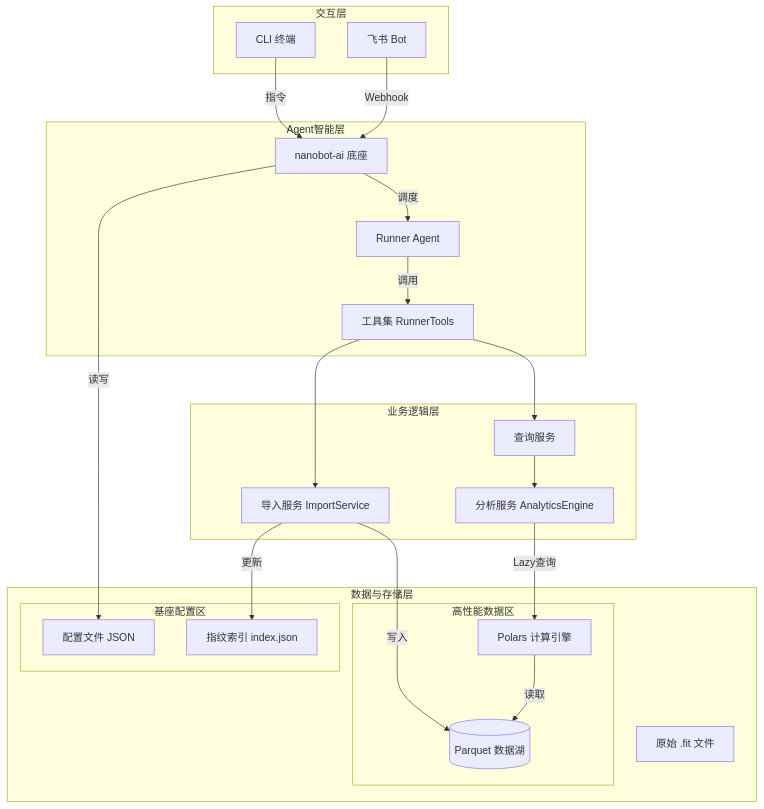
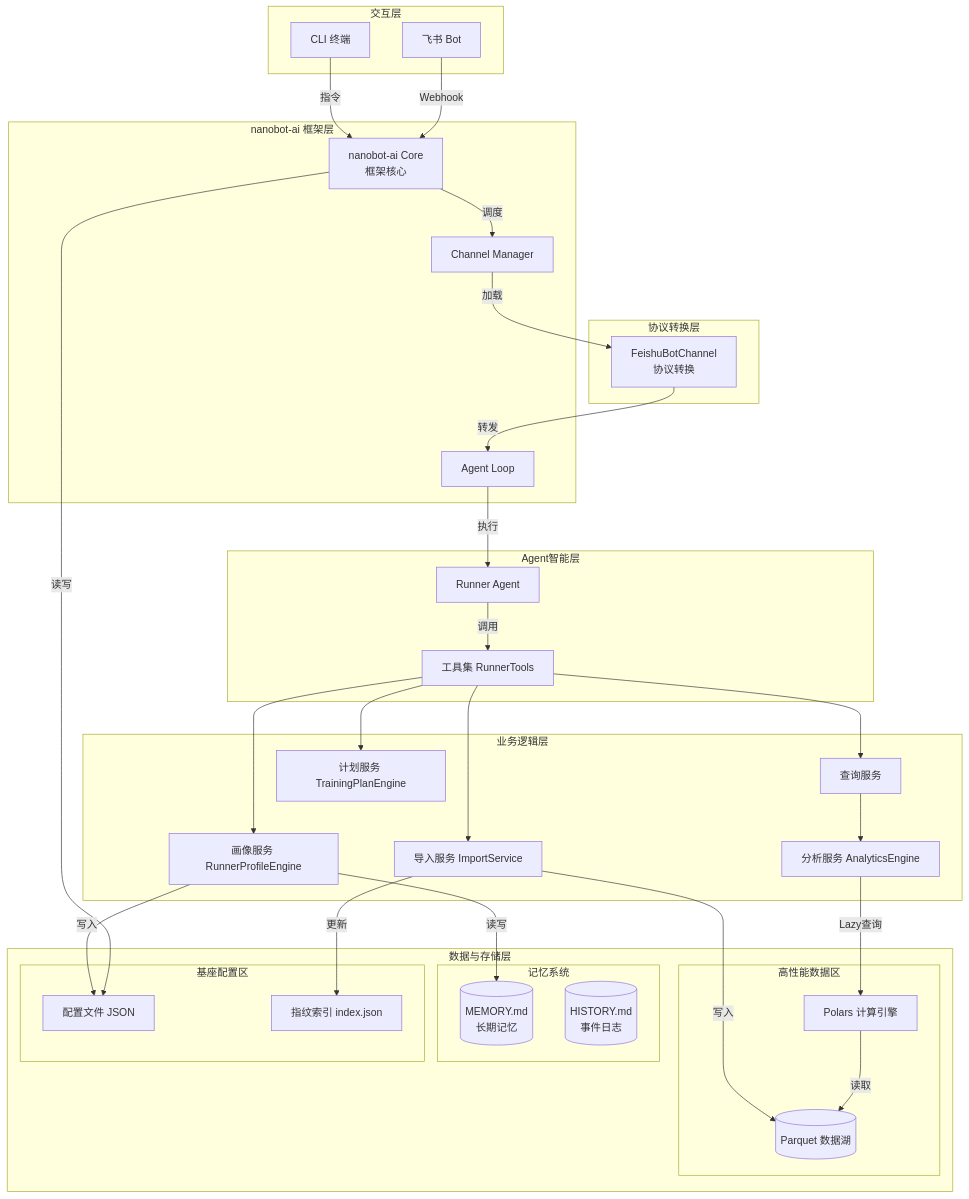
The first of 2 diagrams in docs/architecture/ARC_架构设计.md (yecllsl/nanobot-runner), drawn with Mermaid before and after one commit. The commit also changed other lines of this file and 14 other files, not shown here.

````diff
--- a/docs/architecture/ARC_架构设计.md
+++ b/docs/architecture/ARC_架构设计.md
@@ -18,46 +18,68 @@
 ```mermaid
 graph TB
     subgraph "交互层"
         CLI[CLI 终端]
         Feishu[飞书 Bot]
     end
+    
+    subgraph "nanobot-ai 框架层"
+        Core[nanobot-ai Core<br/>框架核心]
+        AgentLoop[Agent Loop]
+        Channels[Channel Manager]
+    end
+    
+    subgraph "协议转换层"
+        FeishuChannel[FeishuBotChannel<br/>协议转换]
+    end
+    
     subgraph "Agent智能层"
-        Core[nanobot-ai 底座]
         Agent[Runner Agent]
         Tools[工具集 RunnerTools]
     end
+    
     subgraph "业务逻辑层"
         ImportSvc[导入服务 ImportService]
         QuerySvc[查询服务]
         AnalysisSvc[分析服务 AnalyticsEngine]
+        ProfileSvc[画像服务 RunnerProfileEngine]
+        PlanSvc[计划服务 TrainingPlanEngine]
     end
+    
     subgraph "数据与存储层"
         subgraph "高性能数据区"
             ParquetStore[(Parquet 数据湖)]
             PolarsEngine[Polars 计算引擎]
         end
+        subgraph "记忆系统"
+            MemoryMD[(MEMORY.md<br/>长期记忆)]
+            HistoryMD[(HISTORY.md<br/>事件日志)]
+        end
         subgraph "基座配置区"
             Config[配置文件 JSON]
             Index[指纹索引 index.json]
         end
-        RawFiles[原始 .fit 文件]
     end
-    %% 关系连线
+    
     CLI -->|指令| Core
     Feishu -->|Webhook| Core
-    
-    Core -->|调度| Agent
+    Core -->|调度| Channels
+    Channels -->|加载| FeishuChannel
+    FeishuChannel -->|转发| AgentLoop
+    AgentLoop -->|执行| Agent
     Agent -->|调用| Tools
     
     Tools --> ImportSvc
     Tools --> QuerySvc
+    Tools --> ProfileSvc
+    Tools --> PlanSvc
     
     ImportSvc -->|写入| ParquetStore
     ImportSvc -->|更新| Index
-    
     QuerySvc --> AnalysisSvc
     AnalysisSvc -->|Lazy查询| PolarsEngine
     PolarsEngine -->|读取| ParquetStore
+    ProfileSvc -->|读写| MemoryMD
+    ProfileSvc -->|写入| Config
     
     Core -->|读写| Config
 ```
````
